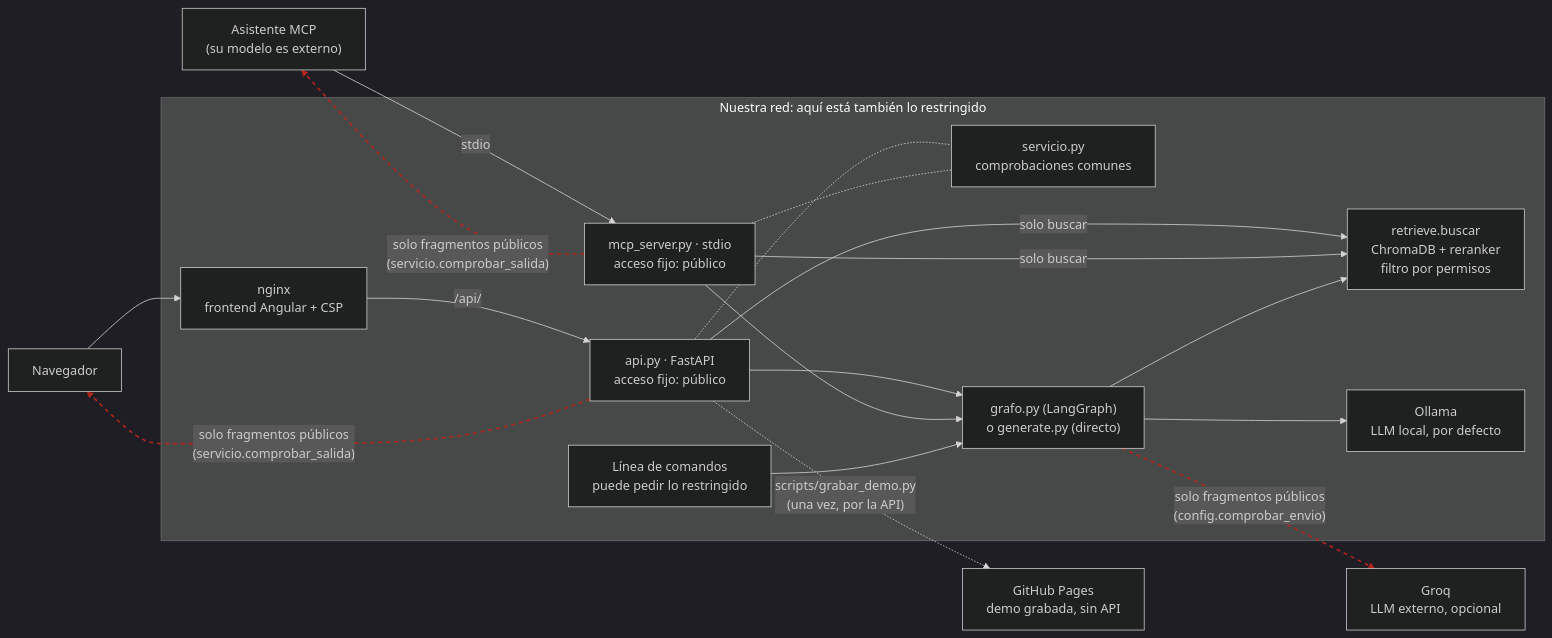
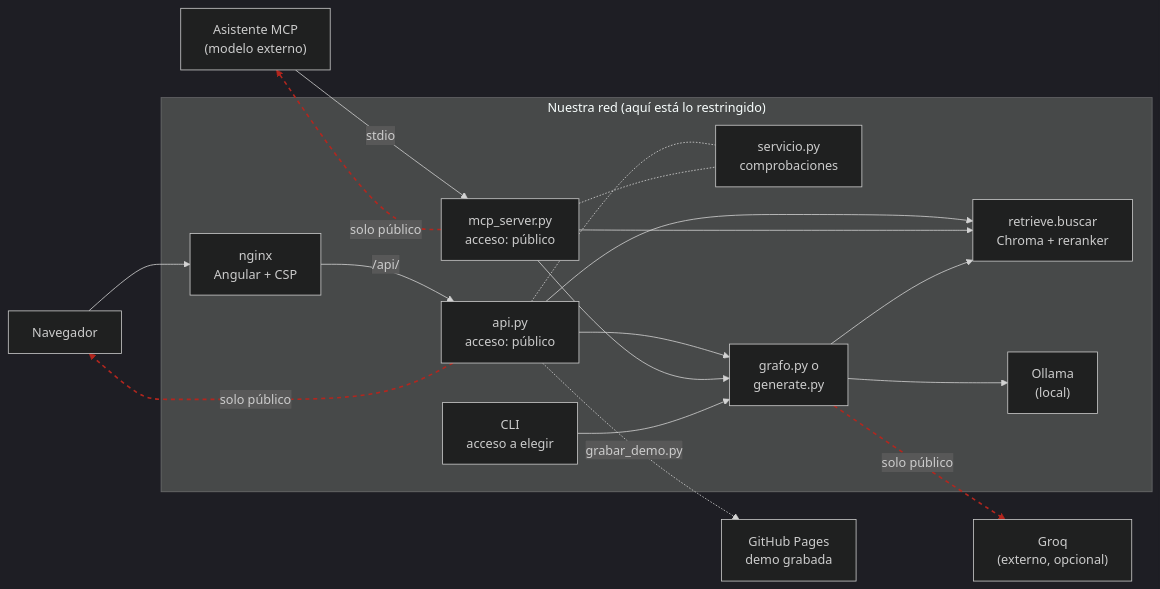
The first of 2 diagrams in README.md (laloba04/rag-notas), drawn with Mermaid (dark theme) before and after one commit. The commit also changed other lines of this file, not shown here.

Commit message:
docs: diagrama de arquitectura más legible en GitHub (etiquetas más cortas)

````diff
--- a/README.md
+++ b/README.md
@@ -32,33 +32,33 @@
 ```mermaid
 flowchart LR
     nav["Navegador"]
-    asis["Asistente MCP<br/>(su modelo es externo)"]
-    groq["Groq<br/>LLM externo, opcional"]
-    pages["GitHub Pages<br/>demo grabada, sin API"]
+    asis["Asistente MCP<br/>(modelo externo)"]
+    groq["Groq<br/>(externo, opcional)"]
+    pages["GitHub Pages<br/>demo grabada"]
 
-    subgraph red["Nuestra red: aquí está también lo restringido"]
-        nginx["nginx<br/>frontend Angular + CSP"]
-        api["api.py · FastAPI<br/>acceso fijo: público"]
-        mcp["mcp_server.py · stdio<br/>acceso fijo: público"]
-        cli["Línea de comandos<br/>puede pedir lo restringido"]
-        serv["servicio.py<br/>comprobaciones comunes"]
-        resp["grafo.py (LangGraph)<br/>o generate.py (directo)"]
-        ret["retrieve.buscar<br/>ChromaDB + reranker<br/>filtro por permisos"]
-        ollama["Ollama<br/>LLM local, por defecto"]
+    subgraph red["Nuestra red (aquí está lo restringido)"]
+        nginx["nginx<br/>Angular + CSP"]
+        api["api.py<br/>acceso: público"]
+        mcp["mcp_server.py<br/>acceso: público"]
+        cli["CLI<br/>acceso a elegir"]
+        serv["servicio.py<br/>comprobaciones"]
+        resp["grafo.py o<br/>generate.py"]
+        ret["retrieve.buscar<br/>Chroma + reranker"]
+        ollama["Ollama<br/>(local)"]
     end
 
     nav --> nginx -- "/api/" --> api
     asis -- stdio --> mcp
     api & mcp -.- serv
     api & mcp --> resp
-    api & mcp -- "solo buscar" --> ret
+    api & mcp --> ret
     cli --> resp
     resp --> ret
     resp --> ollama
-    resp -- "solo fragmentos públicos<br/>(config.comprobar_envio)" --> groq
-    api -- "solo fragmentos públicos<br/>(servicio.comprobar_salida)" --> nav
-    mcp -- "solo fragmentos públicos<br/>(servicio.comprobar_salida)" --> asis
-    api -. "scripts/grabar_demo.py<br/>(una vez, por la API)" .-> pages
+    resp -- "solo público" --> groq
+    api -- "solo público" --> nav
+    mcp -- "solo público" --> asis
+    api -. "grabar_demo.py" .-> pages
 
     linkStyle 12,13,14 stroke:#b3261e,stroke-width:2px,stroke-dasharray:5
 ```
````
